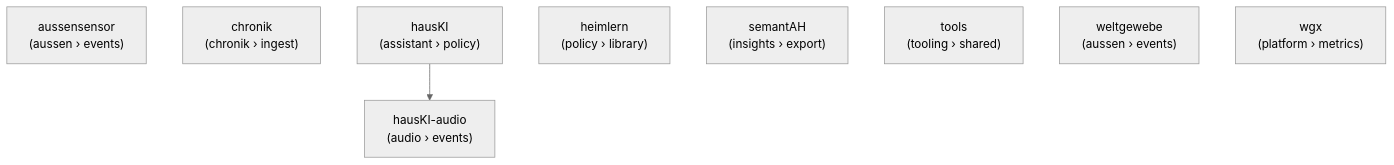
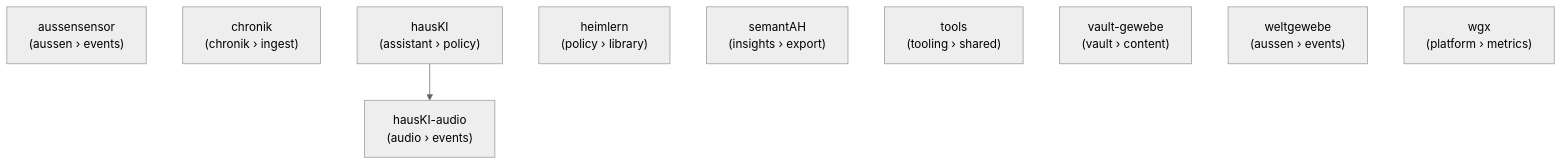
Before and after one commit to heimgewebe/metarepo: the diagram in docs/org-graph.mmd, drawn with Mermaid (neutral theme). The commit also changed 1 other file, not shown here.

Commit message:
chore(docs): update org assets for vault-gewebe addition

```diff
--- a/docs/org-graph.mmd
+++ b/docs/org-graph.mmd
@@ -1,13 +1,14 @@
 %% Org dependency graph
 %% Generated by scripts/generate_org_assets.py; do not edit manually.
 graph TD
     aussensensor["aussensensor\n(aussen › events)"]
     chronik["chronik\n(chronik › ingest)"]
     hausKI["hausKI\n(assistant › policy)"]
     hausKI_audio["hausKI-audio\n(audio › events)"]
     heimlern["heimlern\n(policy › library)"]
     semantAH["semantAH\n(insights › export)"]
     tools["tools\n(tooling › shared)"]
+    vault_gewebe["vault-gewebe\n(vault › content)"]
     weltgewebe["weltgewebe\n(aussen › events)"]
     wgx["wgx\n(platform › metrics)"]
     hausKI --> hausKI_audio
```
